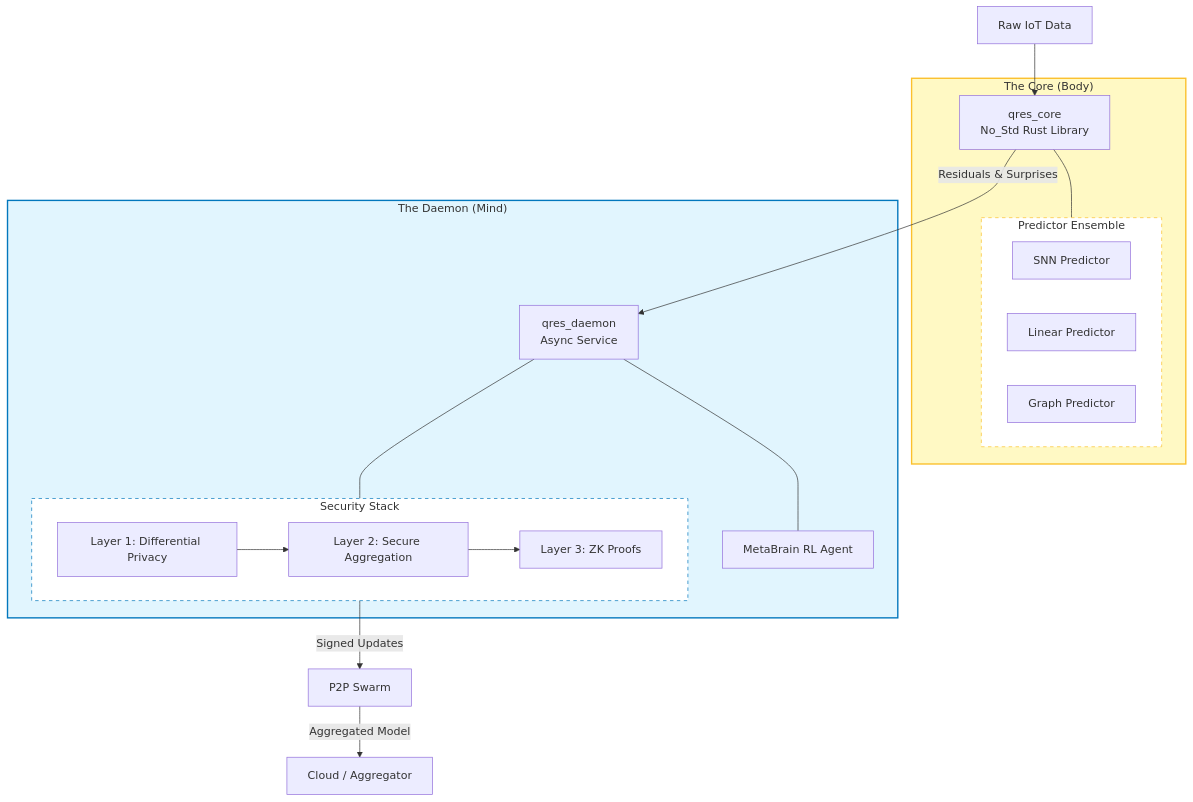
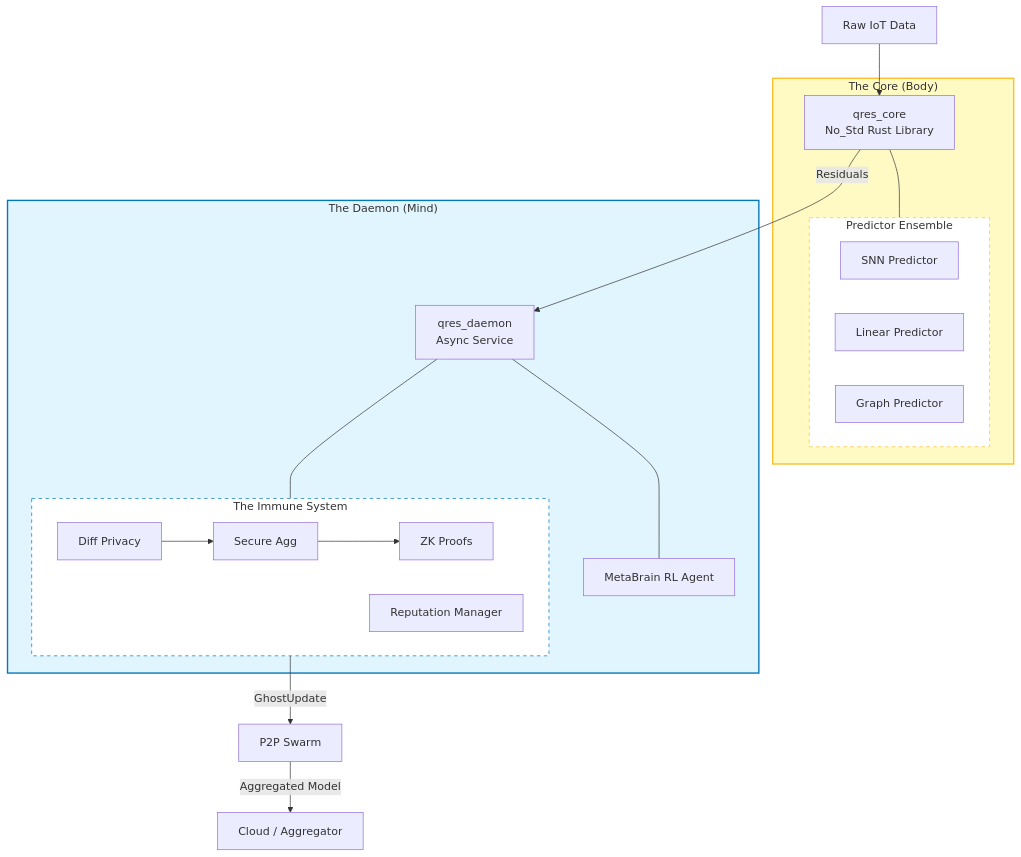
The diagram in docs/THEORY.md (CavinKrenik/QRES), drawn with Mermaid before and after one commit. The commit also changed 5 other files, not shown here.

````diff
--- a/docs/THEORY.md
+++ b/docs/THEORY.md
@@ -5,42 +5,37 @@
 ```mermaid
 graph TD
-    %% Nodes
     IoT[Raw IoT Data] --> Core
     
     subgraph Body ["The Core (Body)"]
         style Body fill:#fff9c4,stroke:#fbc02d,stroke-width:2px
         Core[qres_core<br>No_Std Rust Library]
         
         subgraph Predictors [Predictor Ensemble]
             style Predictors fill:#ffffff,stroke:#fbc02d,stroke-width:1px,stroke-dasharray: 5 5
             SNN[SNN Predictor]
             Linear[Linear Predictor]
             Graph[Graph Predictor]
         end
-        
         Core --- Predictors
     end
     
-    Core -->|Residuals & Surprises| Daemon
+    Core -->|Residuals| Daemon
     
     subgraph Mind ["The Daemon (Mind)"]
         style Mind fill:#e1f5fe,stroke:#0277bd,stroke-width:2px
         Daemon[qres_daemon<br>Async Service]
         MetaBrain[MetaBrain RL Agent]
         
-        subgraph Security ["Security Stack"]
+        subgraph Security ["The Immune System"]
             style Security fill:#ffffff,stroke:#0277bd,stroke-width:1px,stroke-dasharray: 5 5
-            L1[Layer 1: Differential Privacy]
-            L2[Layer 2: Secure Aggregation]
-            L3[Layer 3: ZK Proofs]
-            
-            L1 --> L2 --> L3
+            L1[Diff Privacy] --> L2[Secure Agg] --> L3[ZK Proofs]
+            Reputation[Reputation Manager]
         end
         
         Daemon --- MetaBrain
         Daemon --- Security
     end
 
-    Security -->|Signed Updates| Swarm[P2P Swarm]
+    Security -->|GhostUpdate| Swarm[P2P Swarm]
     Swarm -->|Aggregated Model| Cloud[Cloud / Aggregator]
 ```
````
